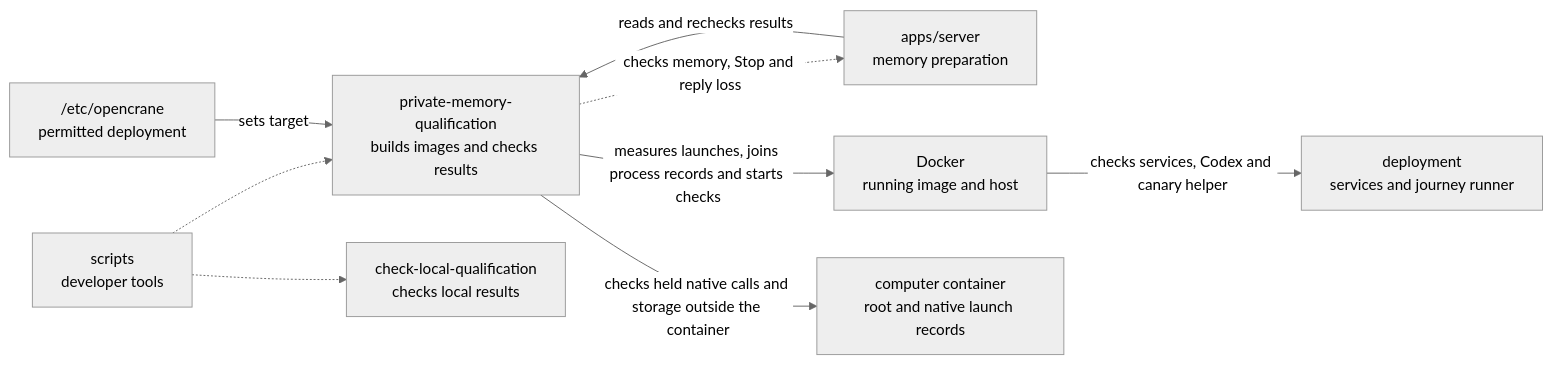
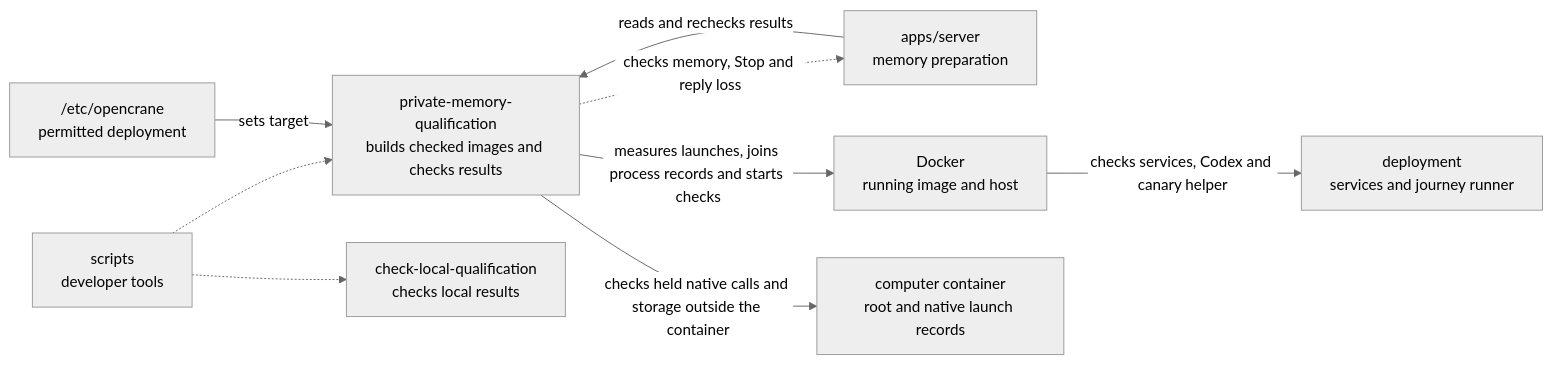
The diagram in scripts/private-memory-qualification/README.md (elewa-git/opencrane-new), drawn with Mermaid (neutral theme) before and after one commit. The commit also changed other lines of this file and 27 other files, not shown here.

````diff
--- a/scripts/private-memory-qualification/README.md
+++ b/scripts/private-memory-qualification/README.md
@@ -20,11 +20,11 @@
 ```mermaid
 flowchart LR
-  scripts["scripts<br/>developer tools"] -.-> collector["private-memory-qualification<br/>builds images and checks results"]
+  scripts["scripts<br/>developer tools"] -.-> collector["private-memory-qualification<br/>builds checked images and checks results"]
   scripts -.-> sibling["check-local-qualification<br/>checks local results"]
   server["apps/server<br/>memory preparation"] -->|reads and rechecks results| collector
   collector -.->|checks memory, Stop and reply loss| server
   config["/etc/opencrane<br/>permitted deployment"] -->|sets target| collector
   collector -->|measures launches, joins process records and starts checks| docker["Docker<br/>running image and host"]
   docker -->|checks services, Codex and canary helper| deployment["deployment<br/>services and journey runner"]
   collector -->|checks held native calls and storage outside the container| computer["computer container<br/>root and native launch records"]
 ```
````
